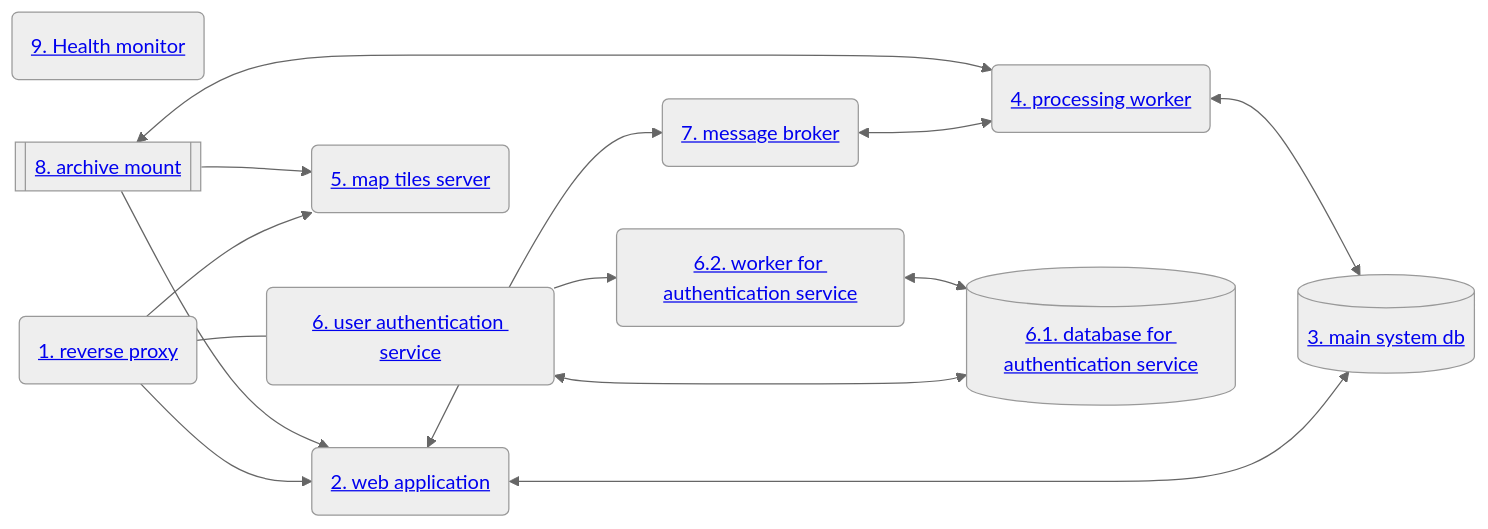
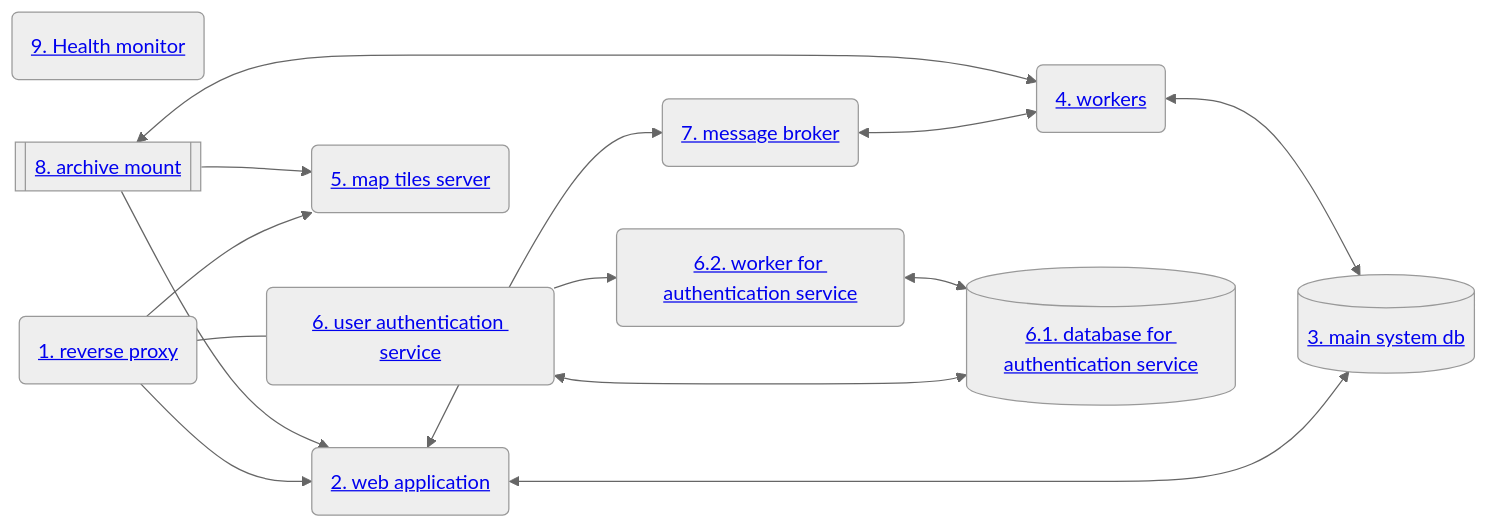
The diagram in docs/admin-guide.md (NaturalGIS/seis-lab-data), drawn with Mermaid (neutral theme) before and after one commit. The commit also changed other lines of this file and 47 other files, not shown here.

````diff
--- a/docs/admin-guide.md
+++ b/docs/admin-guide.md
@@ -412,27 +414,27 @@
 ```mermaid
 flowchart LR
     monitor(<a href="#9-health-monitor-component">9. Health monitor</a>)
     rev-proxy(<a href="#1-reverse-proxy-component">1. reverse proxy</a>)
     webapp(<a href="#2-web-application-component">2. web application</a>)
     db[(<a href="#3-main-system-db-component">3. main system db</a>)]
-    proc-worker(<a href="#4-processing-worker-component">4. processing worker</a>)
+    workers(<a href="#4-workers-component">4. workers</a>)
     tile-server(<a href="#5-map-tiles-server-component">5. map tiles server</a>)
     auth-webapp(<a href="#6-user-authentication-service-component">6. user authentication service</a>)
     auth-db[(<a href="#61-database-for-authentication-service-component">6.1. database for authentication service</a>)]
     auth-worker(<a href="#62-worker-for-authentication-service-component">6.2. worker for authentication service</a>)
     message-broker(<a href="#7-message-broker-component">7. message broker</a>)
     arch[[<a href="#8-archive-mount-component">8. archive mount</a>]]
     rev-proxy --> webapp
     rev-proxy --> tile-server
     rev-proxy --- auth-webapp
     auth-webapp <--> auth-db
     auth-webapp --> auth-worker
     auth-worker <--> auth-db
     webapp <--> db
-    proc-worker <--> db
+    workers <--> db
     webapp <--> message-broker
-    message-broker <--> proc-worker
+    message-broker <--> workers
     arch --> webapp
     arch --> tile-server
-    arch <--> proc-worker
+    arch <--> workers
 ```
````
